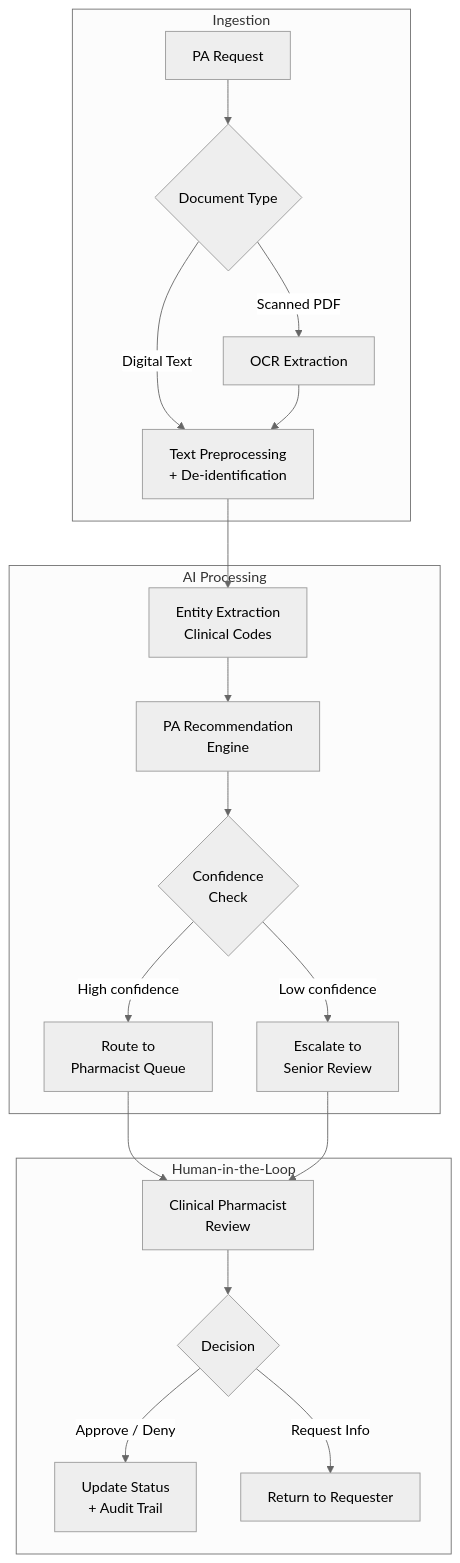
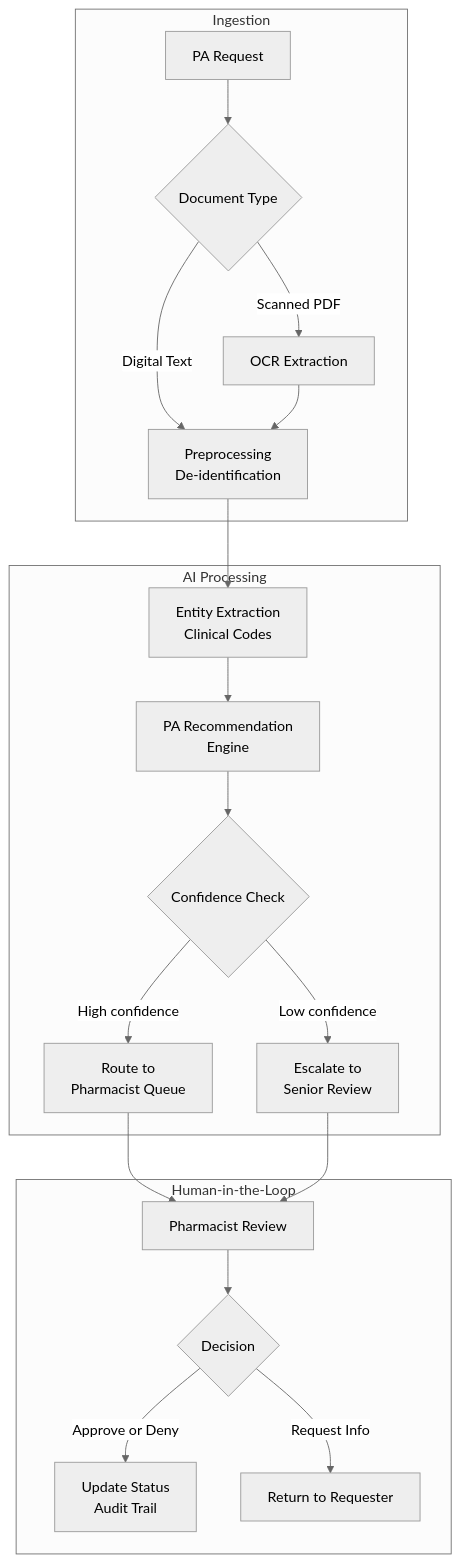
Before and after one commit to Modular-Earth-LLC/solutions-architecture-agent: the second of 2 diagrams in outputs/cvs-legacy-transformation/solution-architecture-presentation.md, drawn with Mermaid (neutral theme). The commit also changed other lines of this file and 5 other files, not shown here.

First line of the commit message:
fix(diagrams): apply Mermaid quality rules across all diagrams and generation code

````diff
--- a/outputs/cvs-legacy-transformation/solution-architecture-presentation.md
+++ b/outputs/cvs-legacy-transformation/solution-architecture-presentation.md
@@ -159,25 +159,25 @@
 ```mermaid
 flowchart TB
     subgraph "Ingestion"
-        A[PA Request] --> B{Document Type}
-        B -->|Scanned PDF| C[OCR Extraction]
-        B -->|Digital Text| D[Text Preprocessing<br/>+ De-identification]
+        A["PA Request"] --> B{"Document Type"}
+        B -->|"Scanned PDF"| C["OCR Extraction"]
+        B -->|"Digital Text"| D["Preprocessing<br/>De-identification"]
         C --> D
     end
 
     subgraph "AI Processing"
-        D --> E[Entity Extraction<br/>Clinical Codes]
-        E --> F[PA Recommendation<br/>Engine]
-        F --> G{Confidence<br/>Check}
-        G -->|High confidence| H[Route to<br/>Pharmacist Queue]
-        G -->|Low confidence| I[Escalate to<br/>Senior Review]
+        D --> E["Entity Extraction<br/>Clinical Codes"]
+        E --> F["PA Recommendation<br/>Engine"]
+        F --> G{"Confidence Check"}
+        G -->|"High confidence"| H["Route to<br/>Pharmacist Queue"]
+        G -->|"Low confidence"| I["Escalate to<br/>Senior Review"]
     end
 
     subgraph "Human-in-the-Loop"
-        H --> J[Clinical Pharmacist<br/>Review]
+        H --> J["Pharmacist Review"]
         I --> J
-        J --> K{Decision}
-        K -->|Approve / Deny| L[Update Status<br/>+ Audit Trail]
-        K -->|Request Info| M[Return to Requester]
+        J --> K{"Decision"}
+        K -->|"Approve or Deny"| L["Update Status<br/>Audit Trail"]
+        K -->|"Request Info"| M["Return to Requester"]
     end
 ```
````
